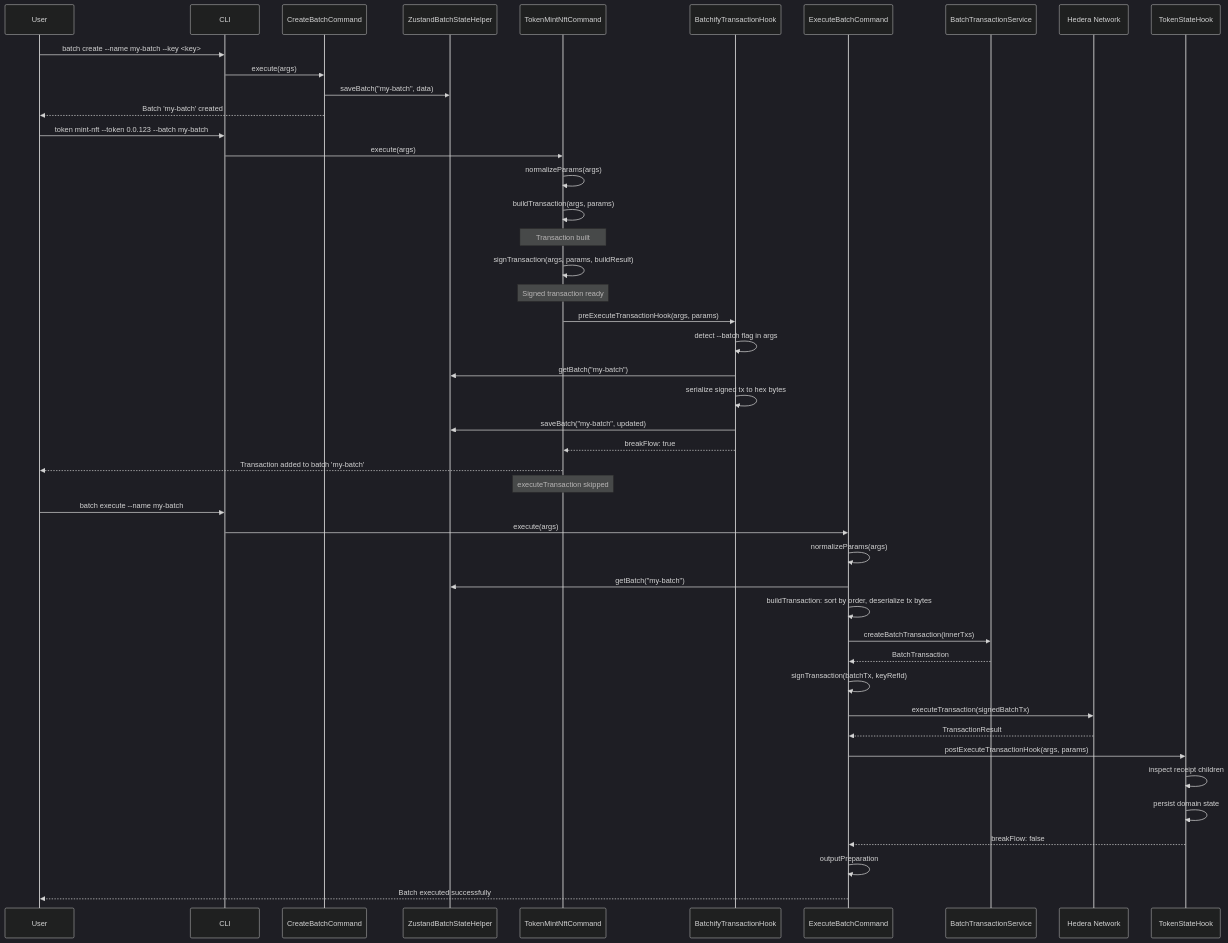
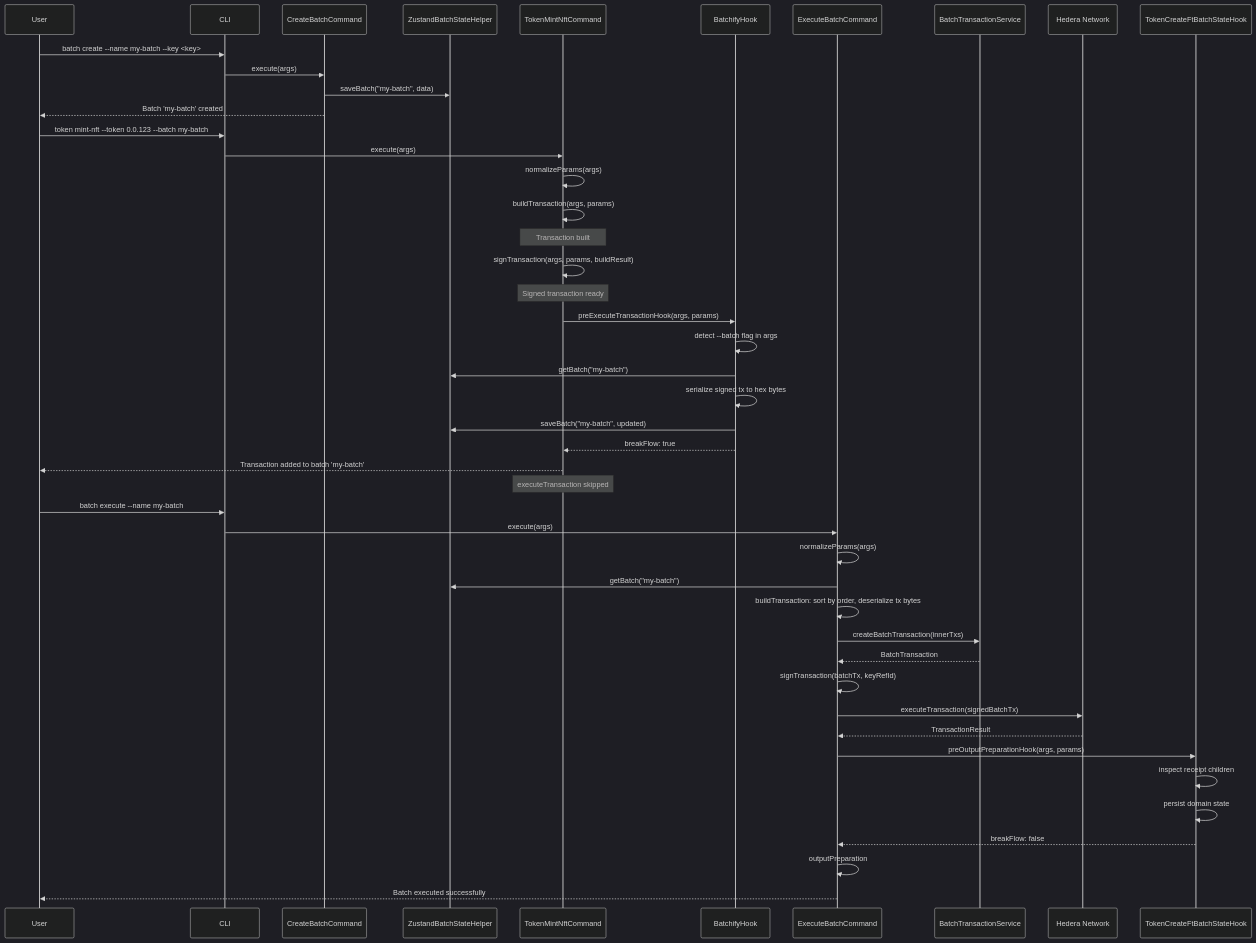
One commit to hiero-ledger/hiero-cli changed the first of 2 diagrams in docs/adr/ADR-010-batch-transaction-plugin.md. Above: the diagram before and after it, drawn with Mermaid (dark theme). The commit also changed other lines of this file and 6 other files, not shown here.

````diff
--- a/docs/adr/ADR-010-batch-transaction-plugin.md
+++ b/docs/adr/ADR-010-batch-transaction-plugin.md
@@ -441,55 +472,55 @@
 ```mermaid
 sequenceDiagram
     participant User
     participant CLI
     participant CreateBatchCmd as CreateBatchCommand
     participant BatchState as ZustandBatchStateHelper
     participant TokenCmd as TokenMintNftCommand
-    participant AddHook as BatchifyTransactionHook
+    participant AddHook as BatchifyHook
     participant ExecuteCmd as ExecuteBatchCommand
     participant BatchSvc as BatchTransactionService
     participant Network as Hedera Network
-    participant DomainHook as TokenStateHook
+    participant DomainHook as TokenCreateFtBatchStateHook
 
     User->>CLI: batch create --name my-batch --key <key>
     CLI->>CreateBatchCmd: execute(args)
     CreateBatchCmd->>BatchState: saveBatch("my-batch", data)
     CreateBatchCmd-->>User: Batch 'my-batch' created
 
     User->>CLI: token mint-nft --token 0.0.123 --batch my-batch
     CLI->>TokenCmd: execute(args)
     TokenCmd->>TokenCmd: normalizeParams(args)
     TokenCmd->>TokenCmd: buildTransaction(args, params)
     Note over TokenCmd: Transaction built
     TokenCmd->>TokenCmd: signTransaction(args, params, buildResult)
     Note over TokenCmd: Signed transaction ready
 
     TokenCmd->>AddHook: preExecuteTransactionHook(args, params)
     AddHook->>AddHook: detect --batch flag in args
     AddHook->>BatchState: getBatch("my-batch")
     AddHook->>AddHook: serialize signed tx to hex bytes
     AddHook->>BatchState: saveBatch("my-batch", updated)
     AddHook-->>TokenCmd: breakFlow: true
     TokenCmd-->>User: Transaction added to batch 'my-batch'
     Note over TokenCmd: executeTransaction skipped
 
     User->>CLI: batch execute --name my-batch
     CLI->>ExecuteCmd: execute(args)
     ExecuteCmd->>ExecuteCmd: normalizeParams(args)
     ExecuteCmd->>BatchState: getBatch("my-batch")
     ExecuteCmd->>ExecuteCmd: buildTransaction: sort by order, deserialize tx bytes
     ExecuteCmd->>BatchSvc: createBatchTransaction(innerTxs)
     BatchSvc-->>ExecuteCmd: BatchTransaction
     ExecuteCmd->>ExecuteCmd: signTransaction(batchTx, keyRefId)
 
     ExecuteCmd->>Network: executeTransaction(signedBatchTx)
     Network-->>ExecuteCmd: TransactionResult
 
-    ExecuteCmd->>DomainHook: postExecuteTransactionHook(args, params)
+    ExecuteCmd->>DomainHook: preOutputPreparationHook(args, params)
     DomainHook->>DomainHook: inspect receipt children
     DomainHook->>DomainHook: persist domain state
     DomainHook-->>ExecuteCmd: breakFlow: false
 
     ExecuteCmd->>ExecuteCmd: outputPreparation
     ExecuteCmd-->>User: Batch executed successfully
 ```
````
